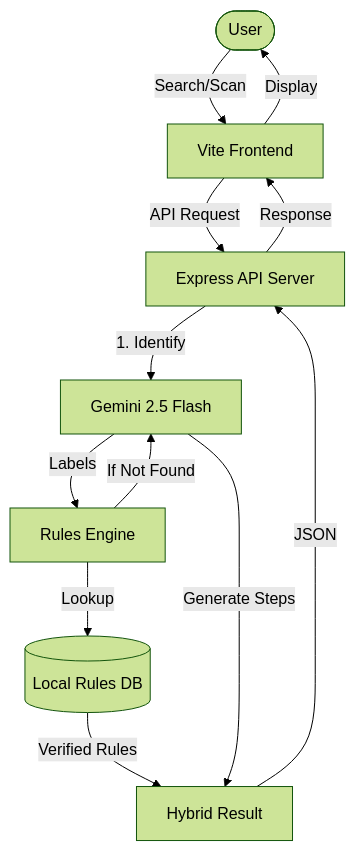
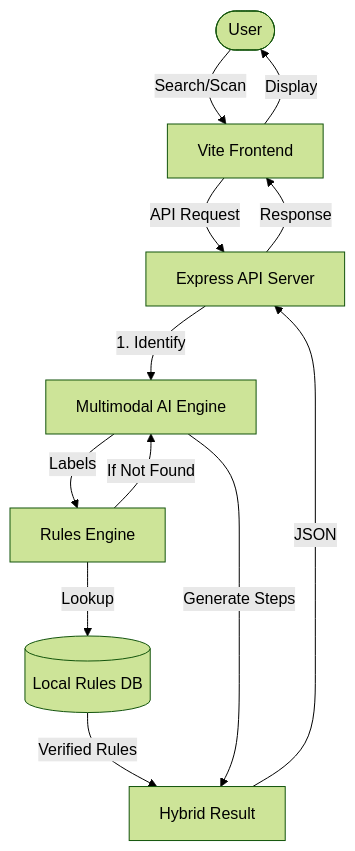
Before and after one commit to JacobAsir/GomiSense: the diagram in README.md, drawn with Mermaid (forest theme). The commit also changed other lines of this file, not shown here.

````diff
--- a/README.md
+++ b/README.md
@@ -113,14 +76,14 @@
 ```mermaid
 graph TD
     User([User]) -->|Search/Scan| Web[Vite Frontend]
     Web -->|API Request| API[Express API Server]
-    API -->|1. Identify| AI[Gemini 2.5 Flash]
+    API -->|1. Identify| AI[Multimodal AI Engine]
     AI -->|Labels| Engine[Rules Engine]
     Engine -->|Lookup| DB[(Local Rules DB)]
     DB -->|Verified Rules| Result[Hybrid Result]
     Engine -->|If Not Found| AI
     AI -->|Generate Steps| Result
     Result -->|JSON| API
     API -->|Response| Web
     Web -->|Display| User
 ```
````
